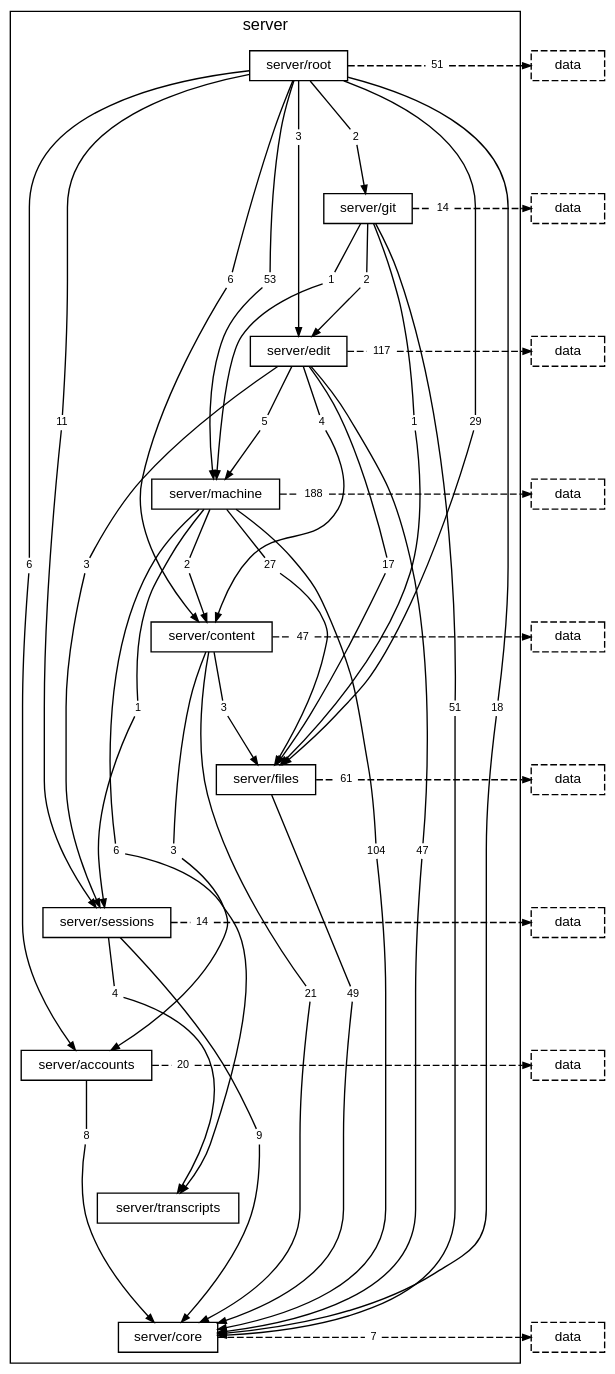
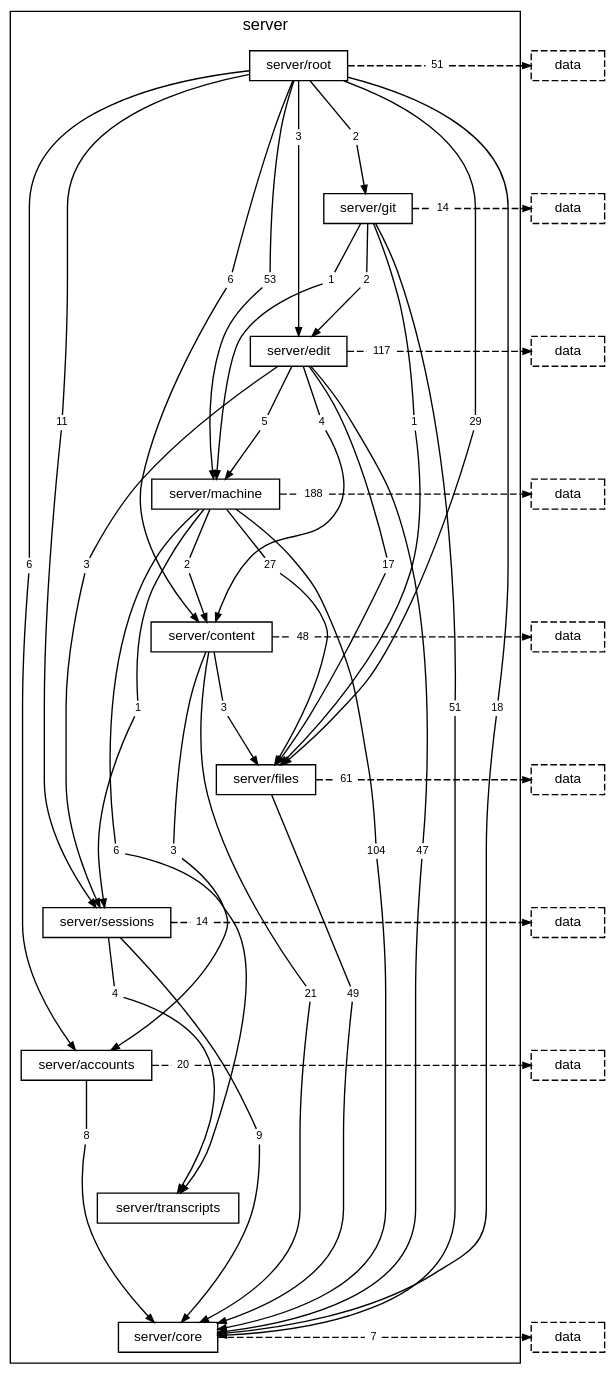
One commit to TheAxeC/oculus changed the diagram in docs/diagrams/layer-server.dot. Above: the diagram before and after it, drawn with Graphviz. The commit also changed 16 other files, not shown here.

```diff
--- a/docs/diagrams/layer-server.dot
+++ b/docs/diagrams/layer-server.dot
@@ -43,7 +43,7 @@
         "folder server/content to folder server/accounts" [label="3", shape=box, color="transparent", fontsize=8, width=0, height=0, margin="0.04,0.02"];
         "folder server/content to folder server/core" [label="21", shape=box, color="transparent", fontsize=8, width=0, height=0, margin="0.04,0.02"];
         "folder server/content to folder server/files" [label="3", shape=box, color="transparent", fontsize=8, width=0, height=0, margin="0.04,0.02"];
-        "folder server/content to layer data" [label="47", shape=box, color="transparent", fontsize=8, width=0, height=0, margin="0.04,0.02"];
+        "folder server/content to layer data" [label="48", shape=box, color="transparent", fontsize=8, width=0, height=0, margin="0.04,0.02"];
         "folder server/files to folder server/core" [label="49", shape=box, color="transparent", fontsize=8, width=0, height=0, margin="0.04,0.02"];
         "folder server/files to layer data" [label="61", shape=box, color="transparent", fontsize=8, width=0, height=0, margin="0.04,0.02"];
         "folder server/sessions to folder server/core" [label="9", shape=box, color="transparent", fontsize=8, width=0, height=0, margin="0.04,0.02"];
```
